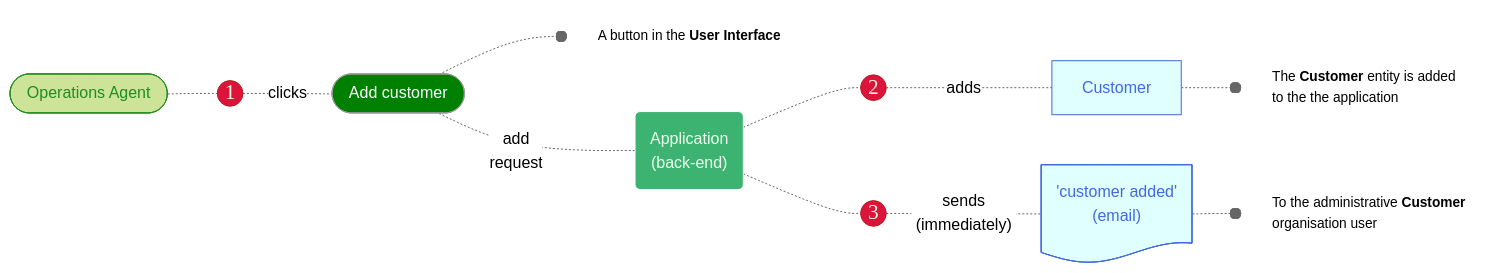
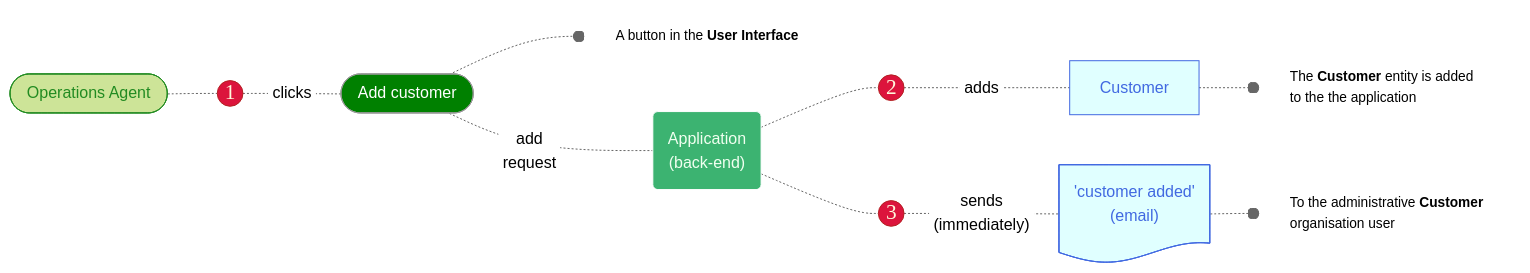
The diagram in 2025_Sage_Playa/mermaid/template_02.md (joe-dorward/samples), drawn with Mermaid (neutral theme) before and after one commit.

````diff
--- a/2025_Sage_Playa/mermaid/template_02.md
+++ b/2025_Sage_Playa/mermaid/template_02.md
@@ -3,51 +3,51 @@
 ```mermaid
 flowchart LR
 
   %% define styles
   classDef User fill:#cde498, stroke:forestgreen, color:forestgreen;
   classDef Number fill:crimson, color:cornsilk, stroke:firebrick, font-family:verdana, font-size:16pt, padding:10px;
   classDef Button fill:green, color:white;
   classDef Note fill:transparent, stroke:white, text-align:left, font-size: 95%;
 
   classDef Backend fill:mediumseagreen, stroke:white, color:honeydew;
   classDef Entity fill:lightcyan, stroke:royalblue, color:royalblue;
   
   %% ---------- ---------- ---------- ---------- ---------- ---------- ---------- ---------- ---------- ----------
   OPERATIONS_AGENT_01([&nbsp;Operations Agent&nbsp;]):::User
   %% ---------- ---------- ---------- ---------- ---------- ---------- ---------- ---------- ---------- ----------
   1(("1")):::Number
   ADD_CUSTOMER_01([&nbsp;Add customer&nbsp;]):::Button
   ADD_CUSTOMER_01_NOTE["A button in the <b>User Interface</b>"]:::Note
 
   OPERATIONS_AGENT_01-.-
-  1-.clicks.-
+  1-.&nbsp;clicks&nbsp;.-
   ADD_CUSTOMER_01-.-o
   ADD_CUSTOMER_01_NOTE
   %% ---------- ---------- ---------- ---------- ---------- ---------- ---------- ---------- ---------- ----------
   APPLICATION_BACK_END_01("Application<br/>(back-end)"):::Backend
 
-  ADD_CUSTOMER_01-.add<br/>request.-
+  ADD_CUSTOMER_01-.add<br/>&nbsp;request&nbsp;.-
   APPLICATION_BACK_END_01
   %% ---------- ---------- ---------- ---------- ---------- ---------- ---------- ---------- ---------- ----------
   2(("2")):::Number
   CUSTOMER_01["Customer"]:::Entity
   CUSTOMER_01_NOTE["The <b>Customer</b> entity is added to the the application"]:::Note
 
   APPLICATION_BACK_END_01-.-
-  2-.adds.-
+  2-.&nbsp;adds&nbsp;.-
   CUSTOMER_01-.-o
   CUSTOMER_01_NOTE
   %% ---------- ---------- ---------- ---------- ---------- ---------- ---------- ---------- ---------- ----------
   3(("3")):::Number
   CUSTOMER_ADDED_01@{ shape: doc, label: "'customer added'<br/>(email)"}
   CUSTOMER_ADDED_01_NOTE[To the administrative <b>Customer</b> organisation user]:::Note
 
   APPLICATION_BACK_END_01-.-
   3-."sends<br/>&nbsp;(immediately)&nbsp;".-
   CUSTOMER_ADDED_01-.-o
   CUSTOMER_ADDED_01_NOTE
 
   %% ---------- ---------- ---------- ---------- ---------- ---------- ---------- ---------- ---------- ----------
   %% define classes
   class CUSTOMER_ADDED_01 Entity
 ```
````
